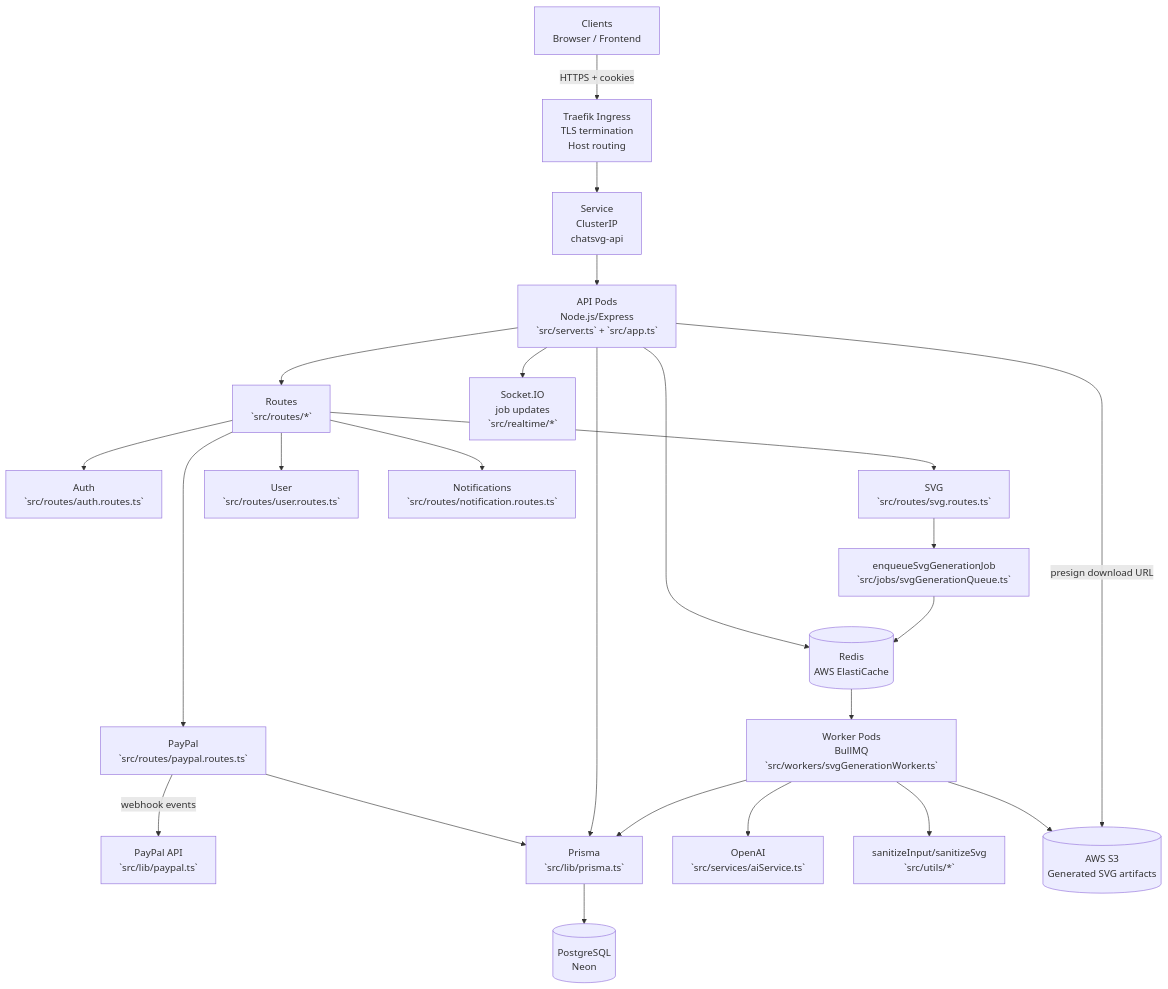
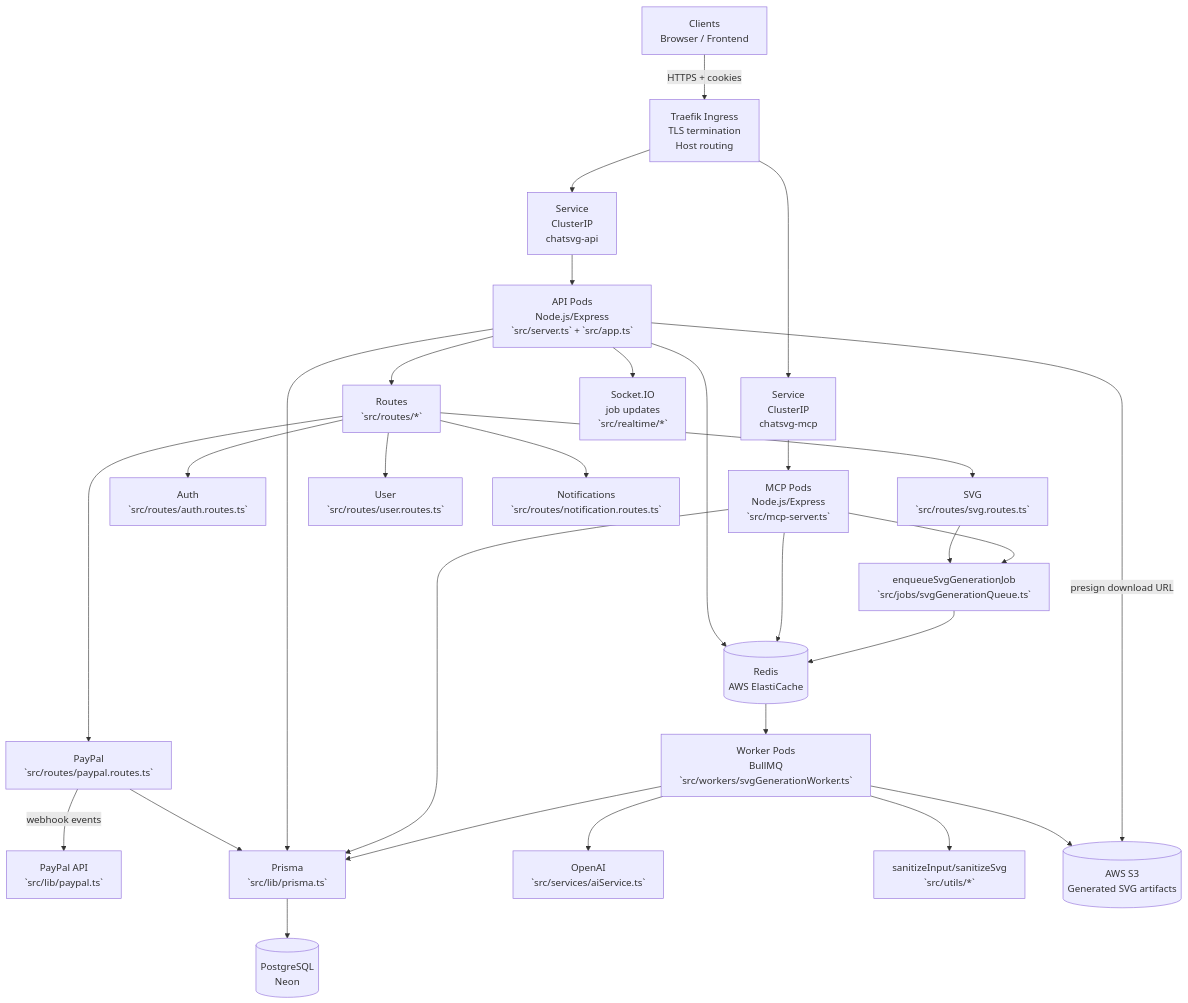
The first of 4 diagrams in docs/BACKEND_ARCHITECTURE.md (APerlinx/svg-saas-server), drawn with Mermaid before and after one commit. The commit also changed other lines of this file and 6 other files, not shown here.

Commit message:
docs: add MCP server documentation and architecture updates (#69)

````diff
--- a/docs/BACKEND_ARCHITECTURE.md
+++ b/docs/BACKEND_ARCHITECTURE.md
@@ -14,33 +14,38 @@
 ```mermaid
 flowchart TB
   Client[Clients\nBrowser / Frontend] -->|HTTPS + cookies| Ingress[Traefik Ingress\nTLS termination\nHost routing]
   Ingress --> ApiSvc[Service\nClusterIP\nchatsvg-api]
+  Ingress --> McpSvc[Service\nClusterIP\nchatsvg-mcp]
   ApiSvc --> API[API Pods\nNode.js/Express\n`src/server.ts` + `src/app.ts`]
+  McpSvc --> MCP[MCP Pods\nNode.js/Express\n`src/mcp-server.ts`]
 
   API --> Routes[Routes\n`src/routes/*`]
   Routes --> Auth[Auth\n`src/routes/auth.routes.ts`]
   Routes --> Svg[SVG\n`src/routes/svg.routes.ts`]
   Routes --> User[User\n`src/routes/user.routes.ts`]
   Routes --> Notif[Notifications\n`src/routes/notification.routes.ts`]
   Routes --> PayPal[PayPal\n`src/routes/paypal.routes.ts`]
 
   PayPal -->|webhook events| PayPalAPI[PayPal API\n`src/lib/paypal.ts`]
   PayPal --> Prisma
 
   API --> Prisma[Prisma\n`src/lib/prisma.ts`]
   Prisma --> Postgres[(PostgreSQL\nNeon)]
 
   API --> Redis[(Redis\nAWS ElastiCache)]
+  MCP --> Redis
+  MCP --> Prisma
 
   Svg --> Queue[enqueueSvgGenerationJob\n`src/jobs/svgGenerationQueue.ts`]
   Queue --> Redis
 
   Redis --> Worker[Worker Pods\nBullMQ\n`src/workers/svgGenerationWorker.ts`]
   Worker --> OpenAI[OpenAI\n`src/services/aiService.ts`]
   Worker --> Sanitize[sanitizeInput/sanitizeSvg\n`src/utils/*`]
   Worker --> Prisma
   Worker --> S3[(AWS S3\nGenerated SVG artifacts)]
+  MCP --> Queue
 
   API -->|presign download URL| S3
   API --> Realtime[Socket.IO\njob updates\n`src/realtime/*`]
 ```
````
